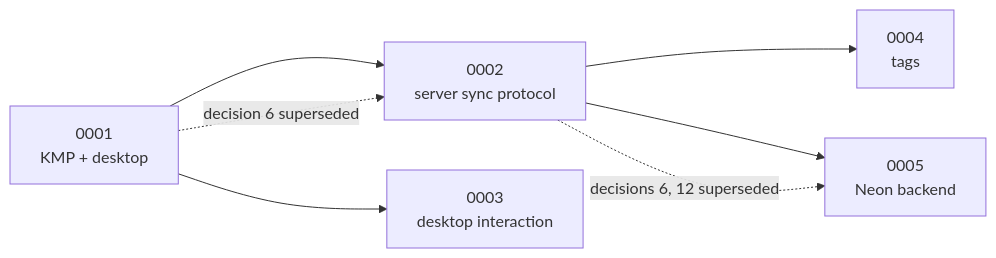
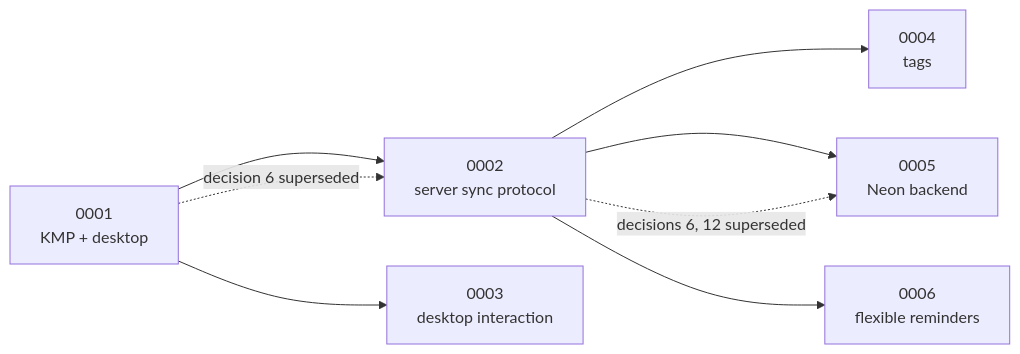
Before and after one commit to viberfasend/primico: the diagram in docs/adr/README.md, drawn with Mermaid. The commit also changed other lines of this file and 50 other files, not shown here.

````diff
--- a/docs/adr/README.md
+++ b/docs/adr/README.md
@@ -21,9 +22,10 @@
 ```mermaid
 flowchart LR
   A1["0001<br/>KMP + desktop"] --> A2["0002<br/>server sync protocol"]
   A1 --> A3["0003<br/>desktop interaction"]
   A2 --> A4["0004<br/>tags"]
   A2 --> A5["0005<br/>Neon backend"]
   A1 -. "decision 6 superseded" .-> A2
   A2 -. "decisions 6, 12 superseded" .-> A5
+  A2 --> A6["0006<br/>flexible reminders"]
 ```
````
